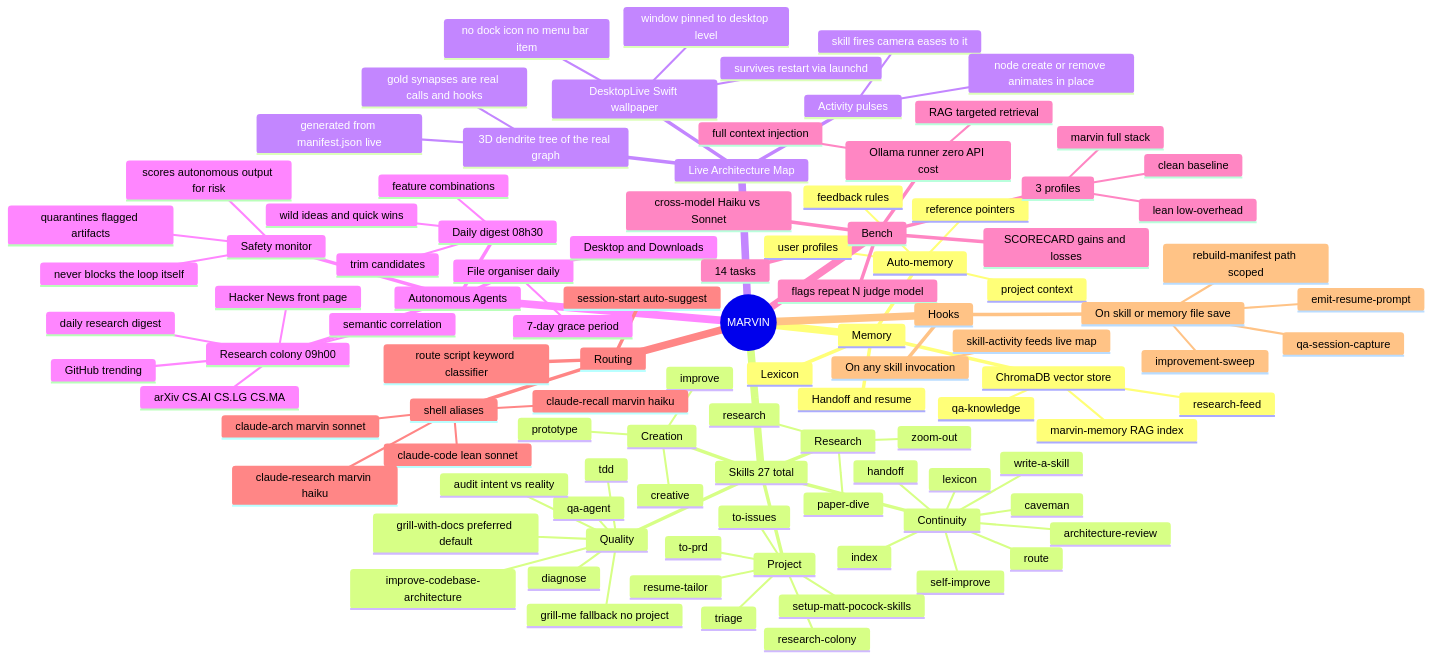
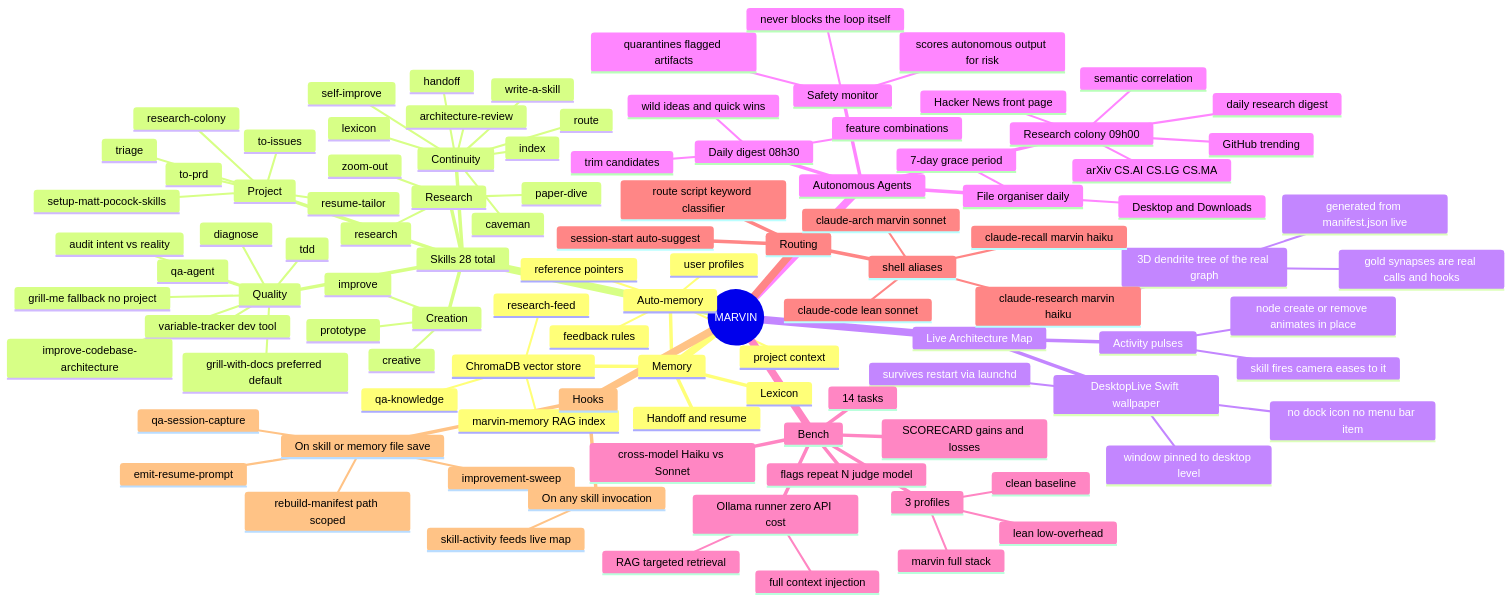
The diagram in README.md (G-Eskayo/marvin), drawn with Mermaid before and after one commit. The commit also changed other lines of this file and 3 other files, not shown here.

```diff
--- a/README.md
+++ b/README.md
@@ -38,13 +38,14 @@
         reference pointers
       Lexicon
       Handoff and resume
-    Skills 27 total
+    Skills 28 total
       Quality
         diagnose
         grill-with-docs preferred default
         grill-me fallback no project
         tdd
         qa-agent
+        variable-tracker dev tool
         improve-codebase-architecture
         audit intent vs reality
       Research
```
